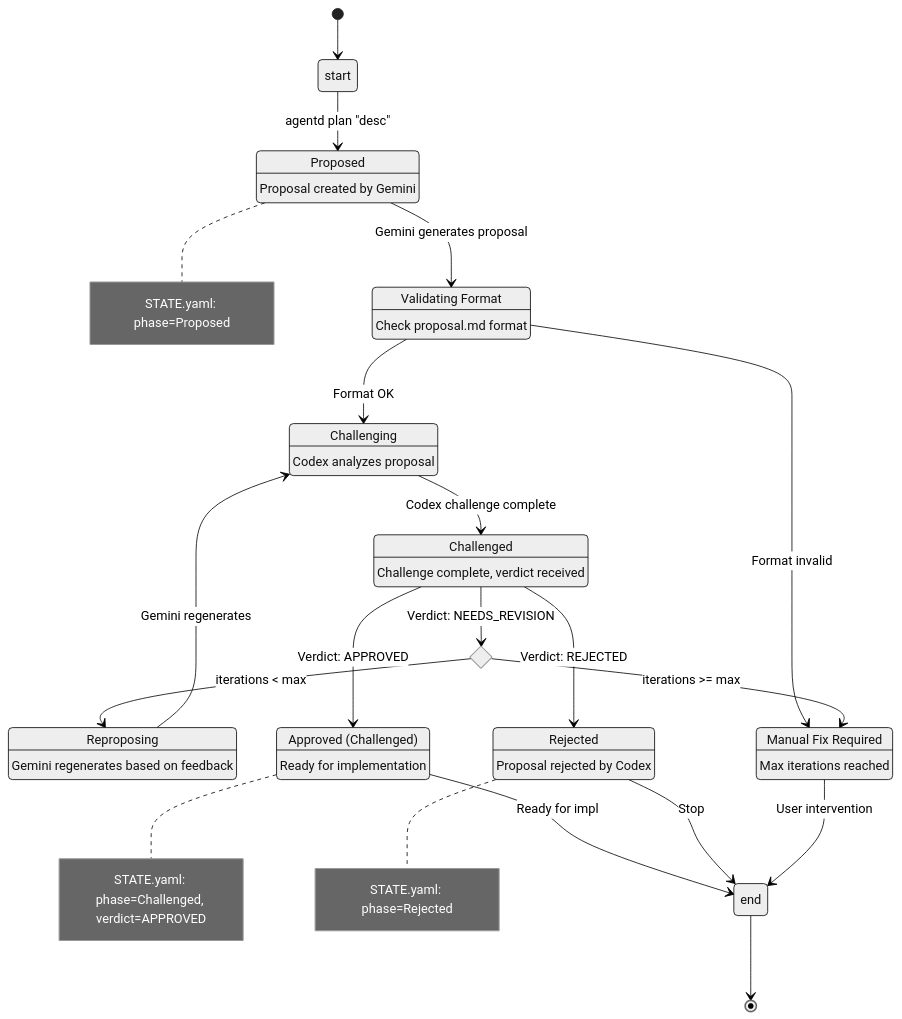
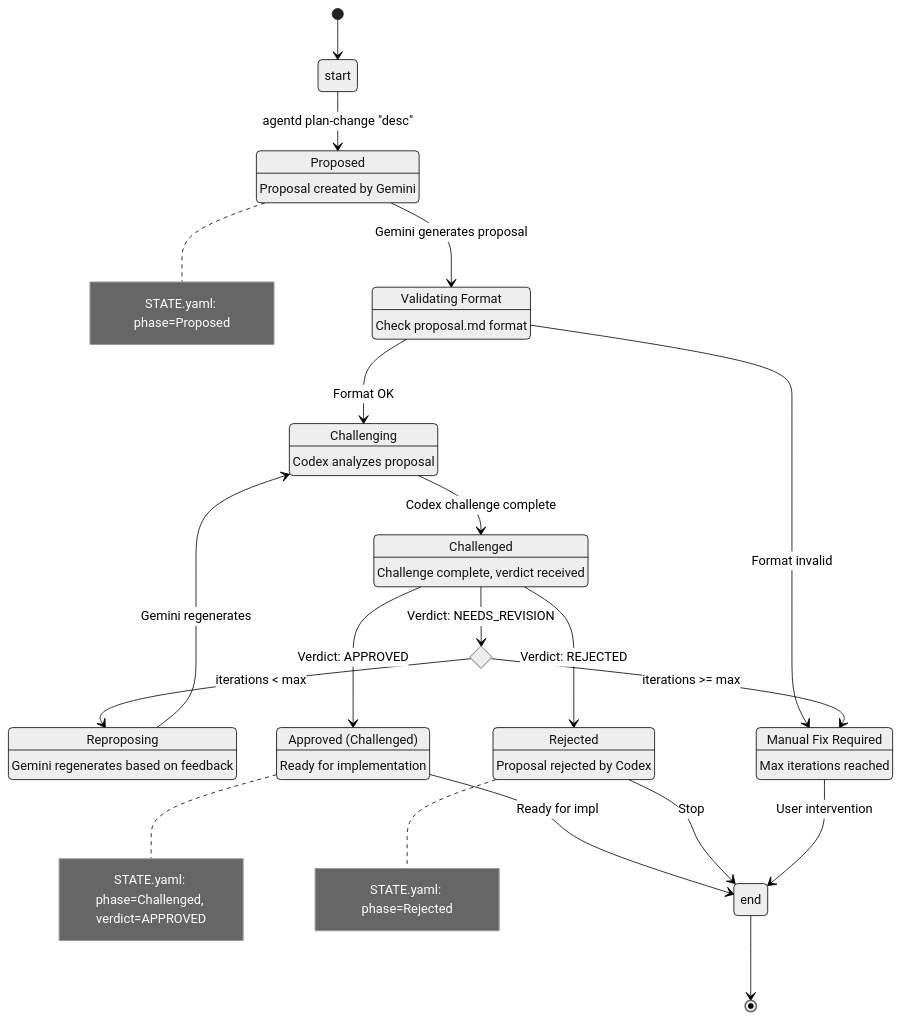
Before and after one commit to chrischeng-c4/agentd: the second of 3 diagrams in agentd/specs/workflow-state-machine.md, drawn with Mermaid (neutral theme). The commit also changed other lines of this file and 108 other files, not shown here.

````diff
--- a/agentd/specs/workflow-state-machine.md
+++ b/agentd/specs/workflow-state-machine.md
@@ -79,45 +79,45 @@
 ```mermaid
 stateDiagram-v2
     [*] --> start
     state "Proposed" as proposed
     proposed: Proposal created by Gemini
     state "Validating Format" as validating
     validating: Check proposal.md format
     state "Challenging" as challenging
     challenging: Codex analyzes proposal
     state "Challenged" as challenged
     challenged: Challenge complete, verdict received
     state "Reproposing" as reproposing
     reproposing: Gemini regenerates based on feedback
     state "Rejected" as rejected
     rejected: Proposal rejected by Codex
     state "Approved (Challenged)" as approved
     approved: Ready for implementation
     state iteration_check <<choice>>
     state "Manual Fix Required" as manual_fix
     manual_fix: Max iterations reached
     end --> [*]
-    start --> proposed: agentd plan <id> "desc"
+    start --> proposed: agentd plan-change <id> "desc"
     proposed --> validating: Gemini generates proposal
     validating --> challenging: Format OK
     validating --> manual_fix: Format invalid
     challenging --> challenged: Codex challenge complete
     challenged --> approved: Verdict: APPROVED
     challenged --> rejected: Verdict: REJECTED
     challenged --> iteration_check: Verdict: NEEDS_REVISION
     iteration_check --> reproposing: iterations < max
     iteration_check --> manual_fix: iterations >= max
     reproposing --> challenging: Gemini regenerates
     approved --> end: Ready for impl
     rejected --> end: Stop
     manual_fix --> end: User intervention
     note right of proposed
         STATE.yaml: phase=Proposed
     end note
     note right of approved
         STATE.yaml: phase=Challenged, verdict=APPROVED
     end note
     note right of rejected
         STATE.yaml: phase=Rejected
     end note
 ```
````
